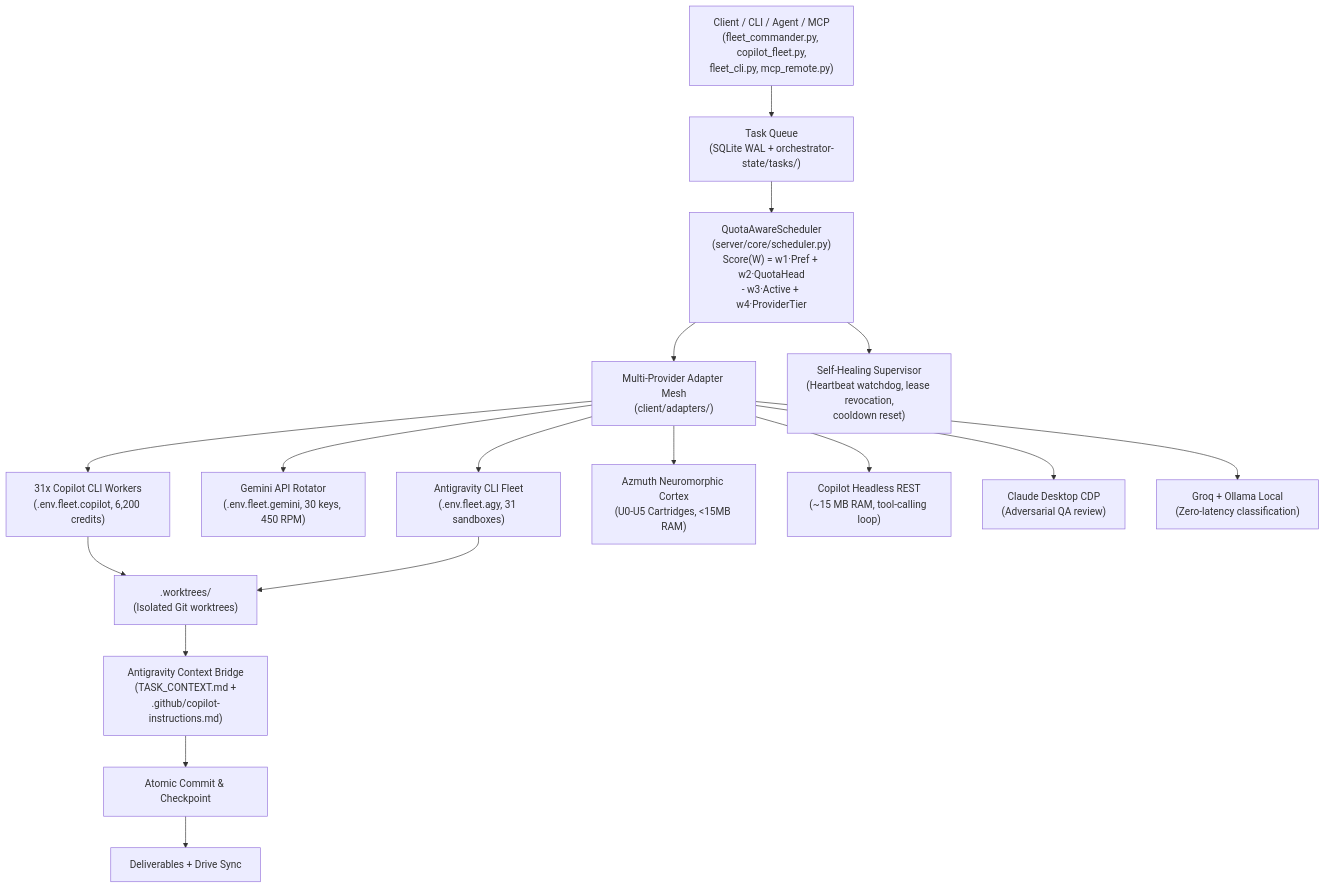
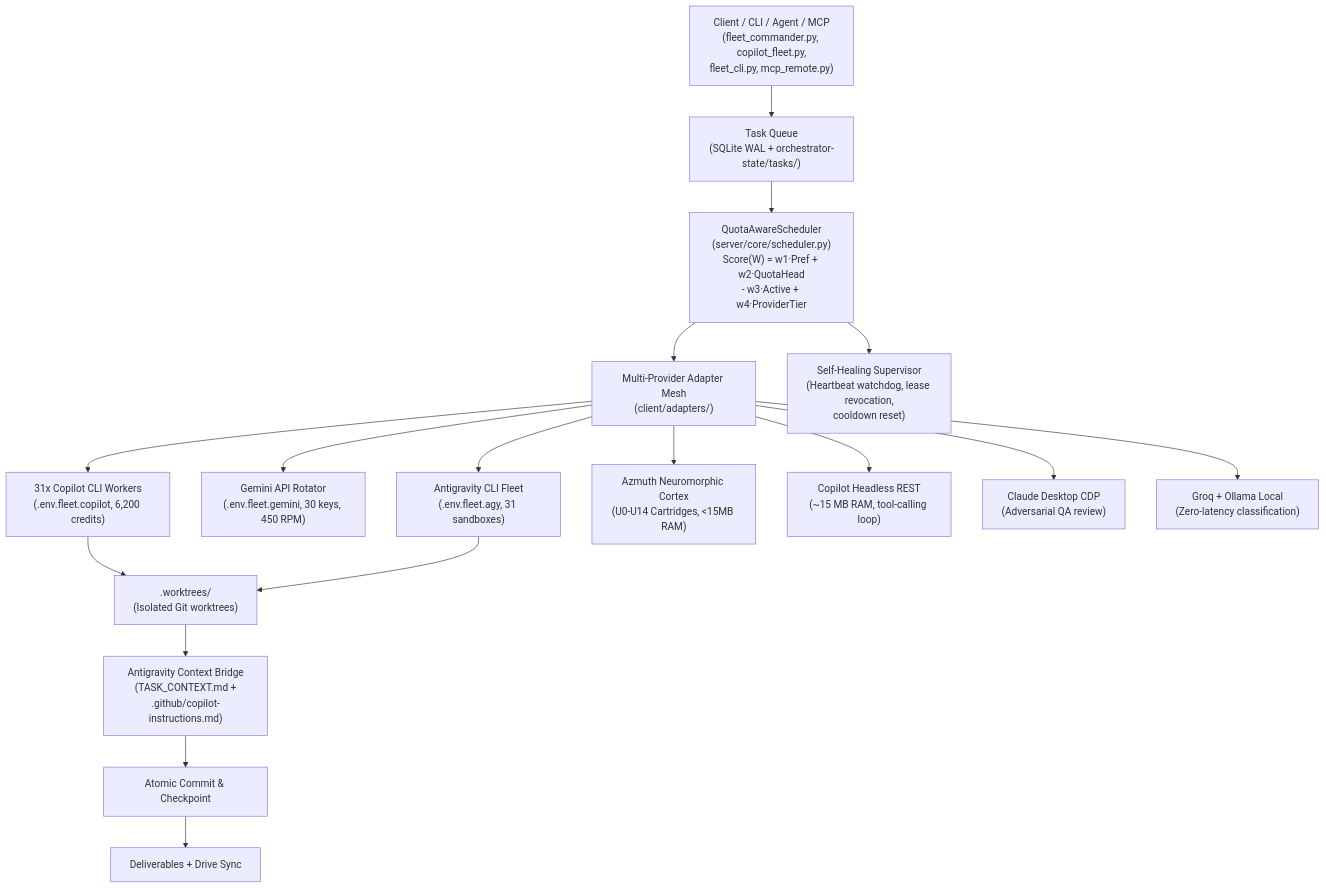
One commit to AaradhyaDT/Fleet-Orchestrator changed the diagram in .agents/skills/fleet-orchestrator/SKILL.md. Above: the diagram before and after it, drawn with Mermaid. The commit also changed other lines of this file and 9 other files, not shown here.

````diff
--- a/.agents/skills/fleet-orchestrator/SKILL.md
+++ b/.agents/skills/fleet-orchestrator/SKILL.md
@@ -23,24 +23,24 @@
 ```mermaid
 flowchart TD
     Submission["Client / CLI / Agent / MCP\n(fleet_commander.py, copilot_fleet.py,\nfleet_cli.py, mcp_remote.py)"] --> Queue["Task Queue\n(SQLite WAL + orchestrator-state/tasks/)"]
 
     Queue --> Scheduler["QuotaAwareScheduler\n(server/core/scheduler.py)\nScore(W) = w1·Pref + w2·QuotaHead\n- w3·Active + w4·ProviderTier"]
 
     Scheduler --> AdapterMesh["Multi-Provider Adapter Mesh\n(client/adapters/)"]
 
     AdapterMesh --> CopilotCLI["31x Copilot CLI Workers\n(.env.fleet.copilot, 6,200 credits)"]
     AdapterMesh --> GeminiAPI["Gemini API Rotator\n(.env.fleet.gemini, 30 keys, 450 RPM)"]
     AdapterMesh --> AGYCLI["Antigravity CLI Fleet\n(.env.fleet.agy, 31 sandboxes)"]
-    AdapterMesh --> AzmuthMacro["Azmuth Neuromorphic Cortex\n(U0-U5 Cartridges, <15MB RAM)"]
+    AdapterMesh --> AzmuthMacro["Azmuth Neuromorphic Cortex\n(U0-U14 Cartridges, <15MB RAM)"]
     AdapterMesh --> CopilotHeadless["Copilot Headless REST\n(~15 MB RAM, tool-calling loop)"]
     AdapterMesh --> ClaudeCDP["Claude Desktop CDP\n(Adversarial QA review)"]
     AdapterMesh --> GroqOllama["Groq + Ollama Local\n(Zero-latency classification)"]
 
     CopilotCLI --> Worktrees[".worktrees/\n(Isolated Git worktrees)"]
     AGYCLI --> Worktrees
     Worktrees --> Bridge["Antigravity Context Bridge\n(TASK_CONTEXT.md +\n.github/copilot-instructions.md)"]
     Bridge --> Commit["Atomic Commit & Checkpoint"]
     Commit --> Output["Deliverables + Drive Sync"]
 
     Scheduler --> Supervisor["Self-Healing Supervisor\n(Heartbeat watchdog, lease revocation,\ncooldown reset)"]
 ```
````
